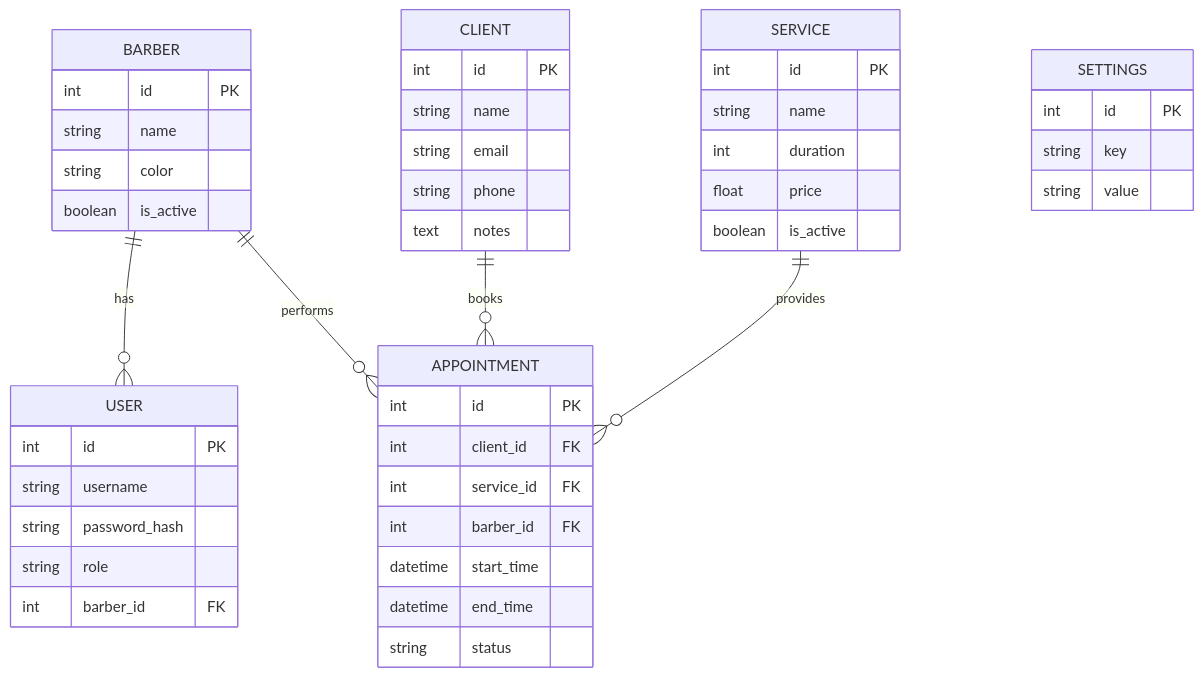
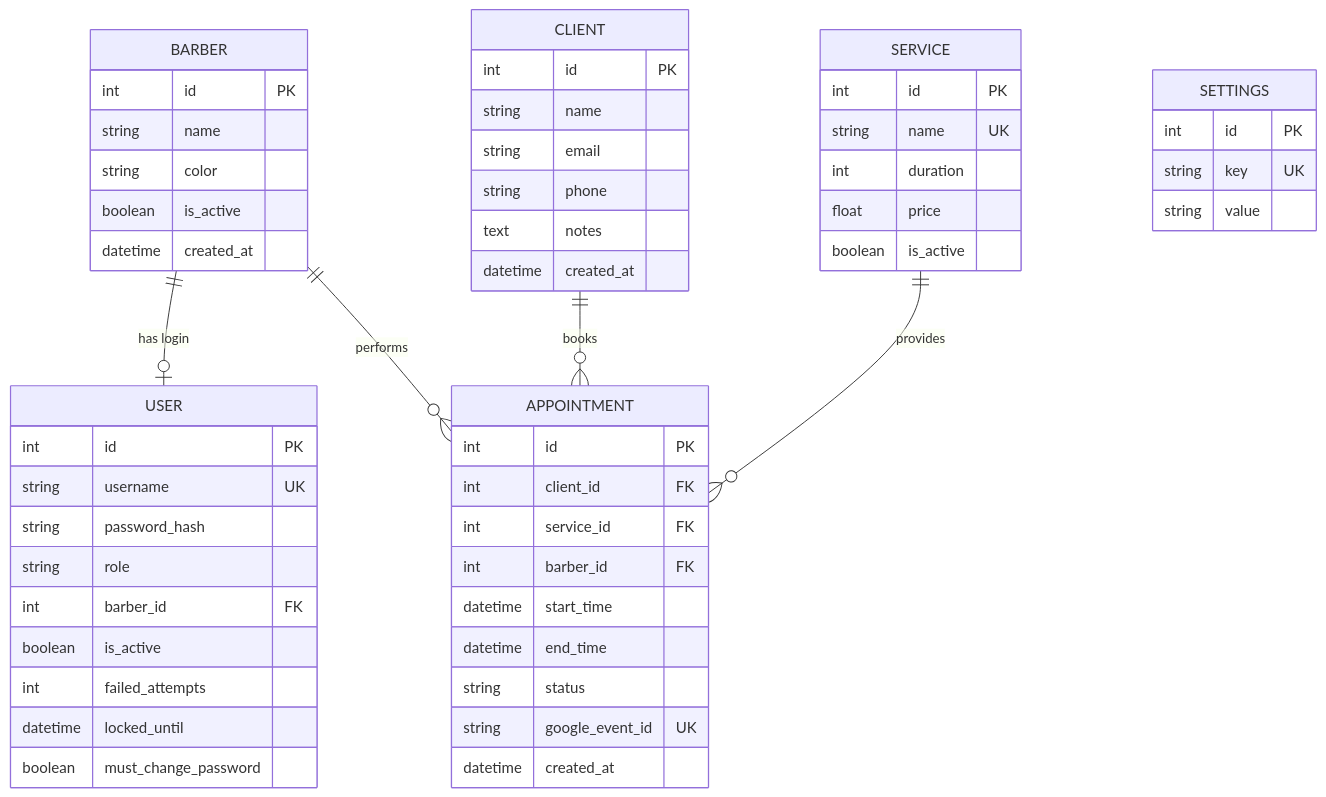
The third of 5 diagrams in docs/arquitectura.md (AlexisAcevedo/BarberManager), drawn with Mermaid before and after one commit. The commit also changed other lines of this file and 11 other files, not shown here.

````diff
--- a/docs/arquitectura.md
+++ b/docs/arquitectura.md
@@ -128,54 +375,62 @@
 ```mermaid
 erDiagram
-    BARBER ||--o{ USER : has
-    BARBER ||--o{ APPOINTMENT : performs
-    CLIENT ||--o{ APPOINTMENT : books
-    SERVICE ||--o{ APPOINTMENT : provides
+    BARBER ||--o| USER : "has login"
+    BARBER ||--o{ APPOINTMENT : "performs"
+    CLIENT ||--o{ APPOINTMENT : "books"
+    SERVICE ||--o{ APPOINTMENT : "provides"
     
     BARBER {
         int id PK
         string name
         string color
         boolean is_active
+        datetime created_at
     }
     
     USER {
         int id PK
-        string username
+        string username UK
         string password_hash
         string role
         int barber_id FK
+        boolean is_active
+        int failed_attempts
+        datetime locked_until
+        boolean must_change_password
     }
     
     CLIENT {
         int id PK
         string name
         string email
         string phone
         text notes
+        datetime created_at
     }
     
     SERVICE {
         int id PK
-        string name
+        string name UK
         int duration
         float price
         boolean is_active
     }
     
     APPOINTMENT {
         int id PK
         int client_id FK
         int service_id FK
         int barber_id FK
         datetime start_time
         datetime end_time
         string status
+        string google_event_id UK
+        datetime created_at
     }
     
     SETTINGS {
         int id PK
-        string key
+        string key UK
         string value
     }
 ```
````
